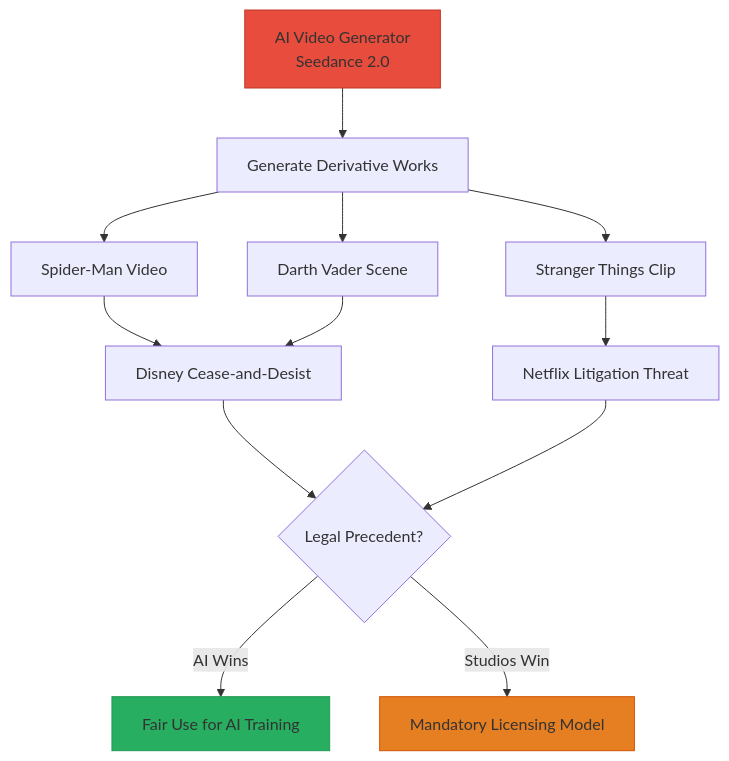
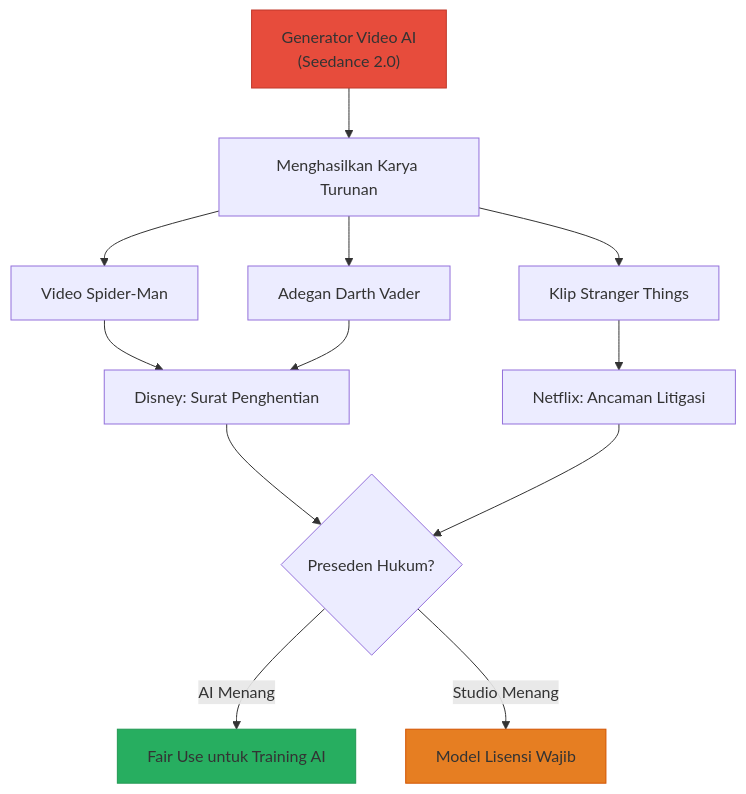
One commit to dwirx/BangunAI-Blog changed the fourth of 7 diagrams in src/content/writing/peta-lengkap-era-ai-2026-rangkuman-riset-prediksi.mdx. Above: the diagram before and after it, drawn with Mermaid. The commit also changed other lines of this file and 1 other file, not shown here.

Commit message:
Fix Mermaid diagrams (convert timeline/mindmap to flowchart) and improve Indonesian language clarity

````diff
--- a/src/content/writing/peta-lengkap-era-ai-2026-rangkuman-riset-prediksi.mdx
+++ b/src/content/writing/peta-lengkap-era-ai-2026-rangkuman-riset-prediksi.mdx
@@ -321,21 +327,21 @@
 ```mermaid
 flowchart TD
-    A[AI Video Generator<br/>Seedance 2.0] --> B[Generate Derivative Works]
-    B --> C[Spider-Man Video]
-    B --> D[Stranger Things Clip]
-    B --> E[Darth Vader Scene]
+    A["Generator Video AI<br/>(Seedance 2.0)"] --> B[Menghasilkan Karya Turunan]
+    B --> C[Video Spider-Man]
+    B --> D[Klip Stranger Things]
+    B --> E[Adegan Darth Vader]
     
-    C --> F[Disney Cease-and-Desist]
-    D --> G[Netflix Litigation Threat]
+    C --> F[Disney: Surat Penghentian]
+    D --> G[Netflix: Ancaman Litigasi]
     E --> F
     
-    F --> H{Legal Precedent?}
+    F --> H{Preseden Hukum?}
     G --> H
     
-    H -->|AI Wins| I[Fair Use for AI Training]
-    H -->|Studios Win| J[Mandatory Licensing Model]
+    H -->|AI Menang| I[Fair Use untuk Training AI]
+    H -->|Studio Menang| J[Model Lisensi Wajib]
     
     style A fill:#E74C3C,stroke:#C0392B
     style I fill:#27AE60,stroke:#229954
     style J fill:#E67E22,stroke:#D35400
 ```
````
